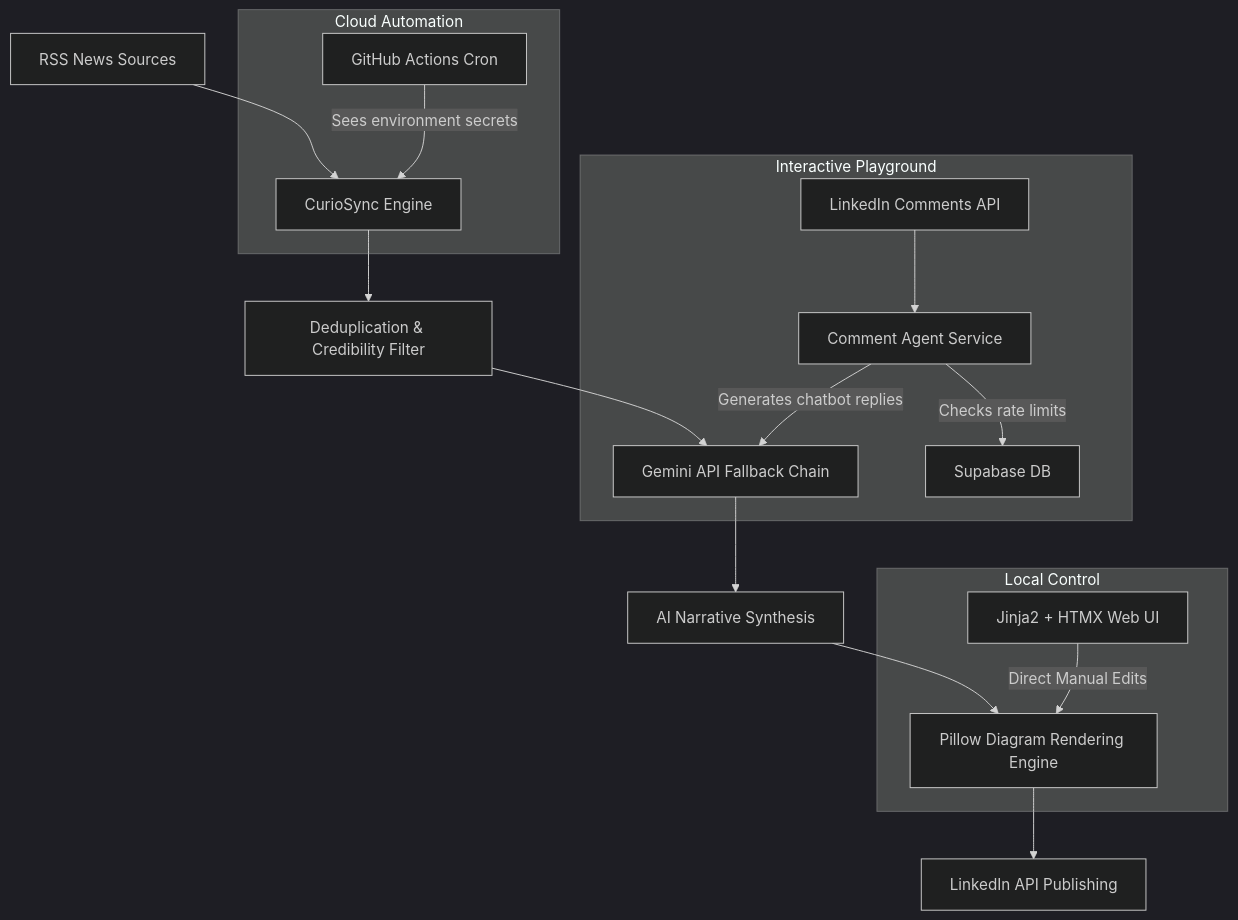
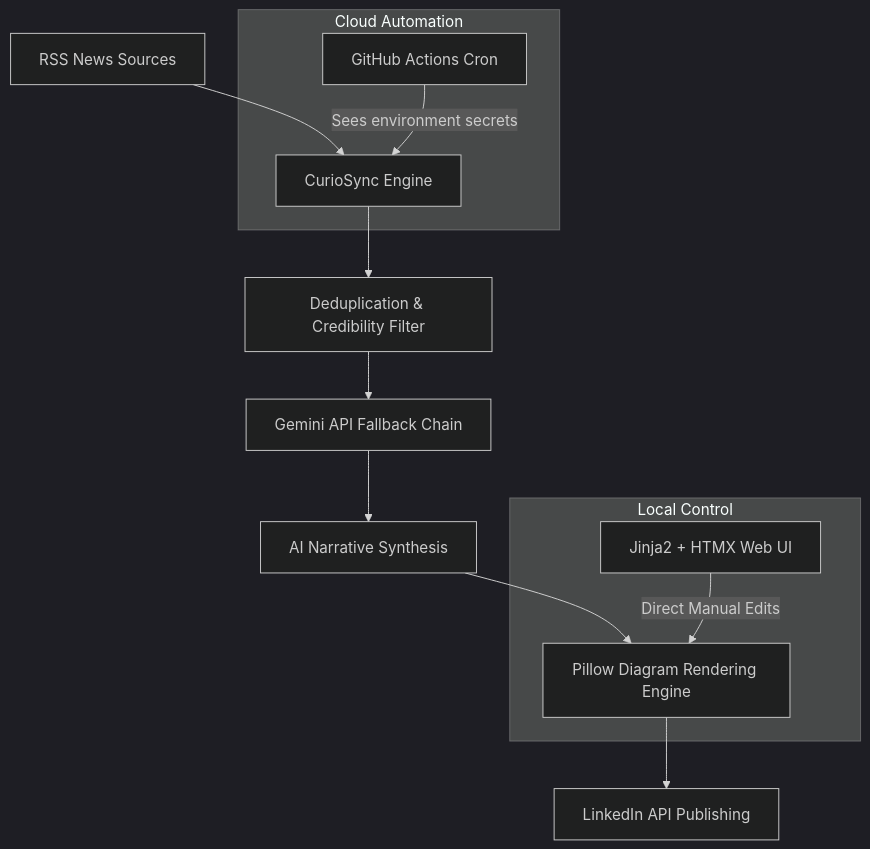
The diagram in README.md (Deshraj-Jogiya/curiosync), drawn with Mermaid (dark theme) before and after one commit. The commit also changed other lines of this file and 4 other files, not shown here.

Commit message:
Remove comment section chatbot auto responder code and assets

````diff
--- a/README.md
+++ b/README.md
@@ -23,23 +22,17 @@
 ```mermaid
 graph TD
     A[RSS News Sources] --> B[CurioSync Engine]
     B --> D[Deduplication & Credibility Filter]
     D --> E[Gemini API Fallback Chain]
     E --> F[AI Narrative Synthesis]
     F --> G[Pillow Diagram Rendering Engine]
     G --> H[LinkedIn API Publishing]
     
     subgraph Cloud Automation
         I[GitHub Actions Cron] -->|Sees environment secrets| B
     end
     
     subgraph Local Control
         J[Jinja2 + HTMX Web UI] -->|Direct Manual Edits| G
     end
-    
-    subgraph Interactive Playground
-        K[LinkedIn Comments API] --> L[Comment Agent Service]
-        L -->|Checks rate limits| M[Supabase DB]
-        L -->|Generates chatbot replies| E
-    end
 ```
````
